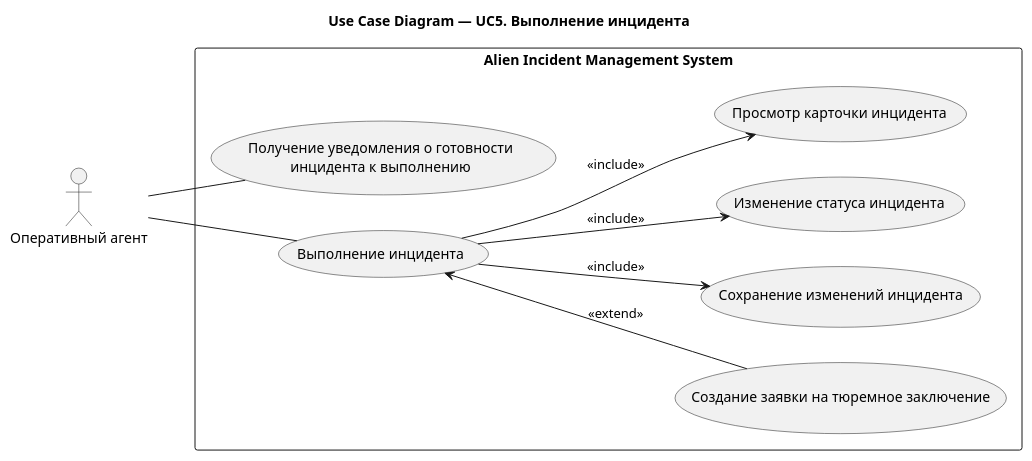
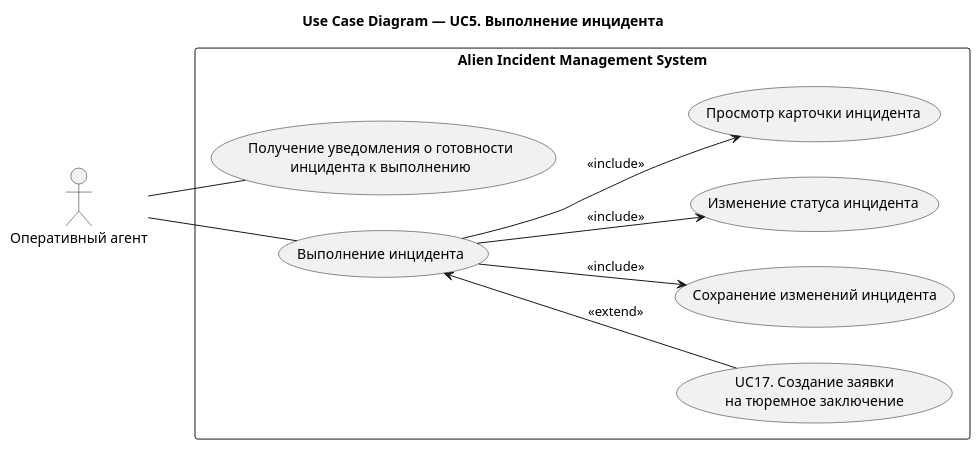
One commit to Andryss/AIMS changed the diagram in docs/use-case/UC5.md. Above: the diagram before and after it, drawn with PlantUML. The commit also changed other lines of this file and 22 other files, not shown here.

````diff
--- a/docs/use-case/UC5.md
+++ b/docs/use-case/UC5.md
@@ -5,31 +39,31 @@
 ```plantuml
 @startuml
 title Use Case Diagram — UC5. Выполнение инцидента
 left to right direction
 
 actor "Оперативный агент" as Agent
 
 rectangle "Alien Incident Management System" {
 
 (Получение уведомления о готовности\nинцидента к выполнению) as UC01
 
 (Выполнение инцидента) as UC11
 
-(Создание заявки на тюремное заключение) as UC115
+(UC17. Создание заявки\nна тюремное заключение) as UC115
 (Сохранение изменений инцидента) as UC114
 (Изменение статуса инцидента) as UC113
 (Просмотр карточки инцидента) as UC111
 
 }
 
 Agent -- UC01
 
 Agent -- UC11
 
 UC11 --> UC111 : <<include>>
 UC11 --> UC113 : <<include>>
 UC11 --> UC114 : <<include>>
 UC11 <-- UC115 : <<extend>>
 
 @enduml
 ```
````
